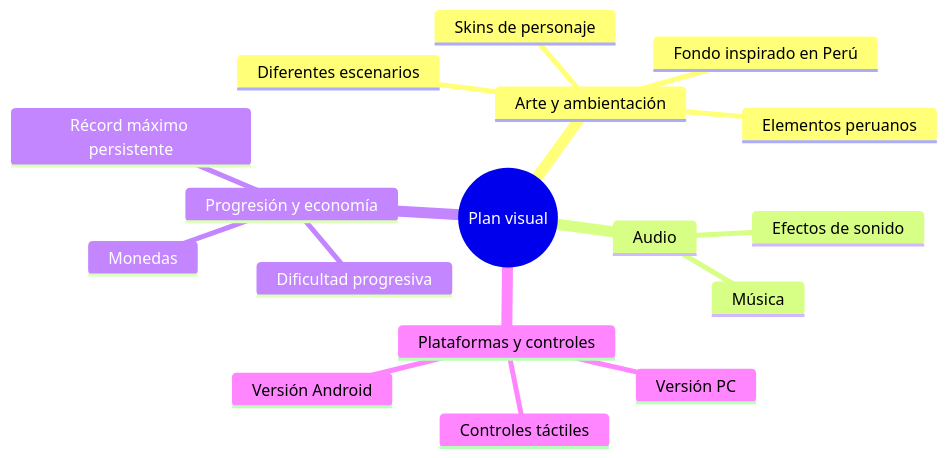
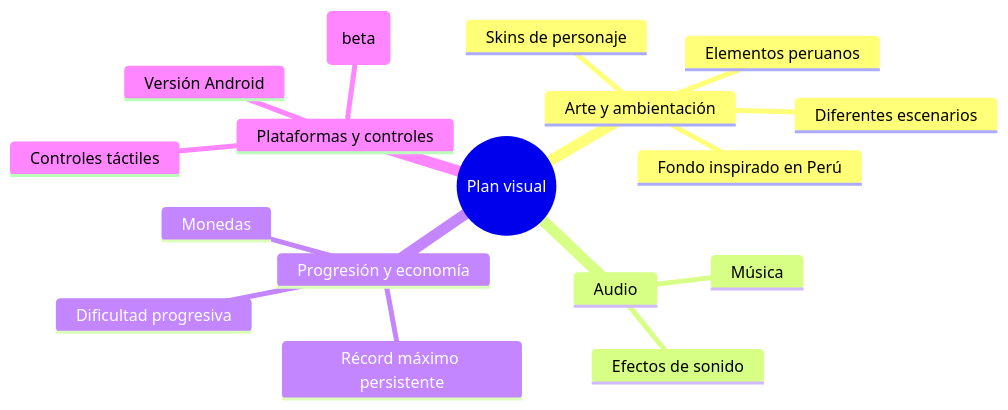
One commit to alcidesomarzamoramori/Pechuga-en-Fuga changed the second of 2 diagrams in GAME STRUCTURE.md. Above: the diagram before and after it, drawn with Mermaid. The commit also changed other lines of this file, not shown here.

Commit message:
Revise game structure checklist and PC version status
Updated checklist items and added 'beta' to PC version.

````diff
--- a/GAME STRUCTURE.md
+++ b/GAME STRUCTURE.md
@@ -105,20 +105,20 @@
 ```mermaid
 mindmap
   root((Plan visual))
     Arte y ambientación
       Fondo inspirado en Perú
       Elementos peruanos
       Diferentes escenarios
       Skins de personaje
     Audio
       Música
       Efectos de sonido
     Progresión y economía
       Monedas
       Dificultad progresiva
       Récord máximo persistente
     Plataformas y controles
       Controles táctiles
-      Versión PC
+      Versión PC (beta)
       Versión Android
 ```
````
